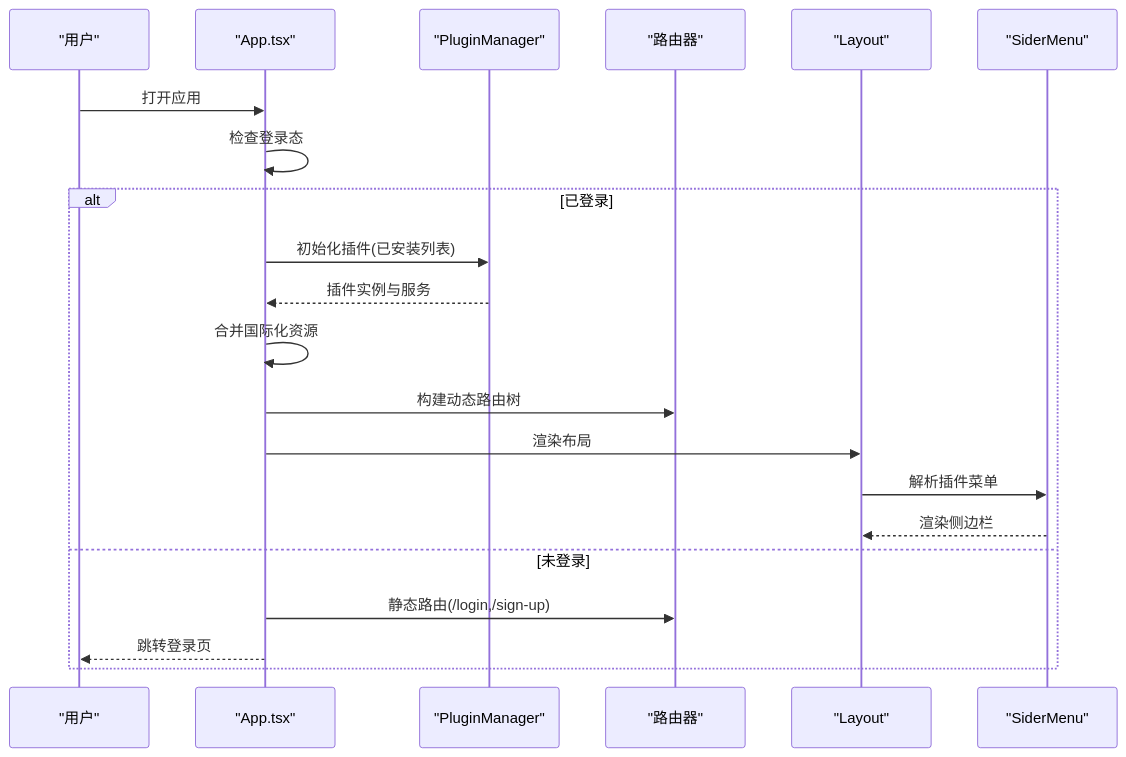
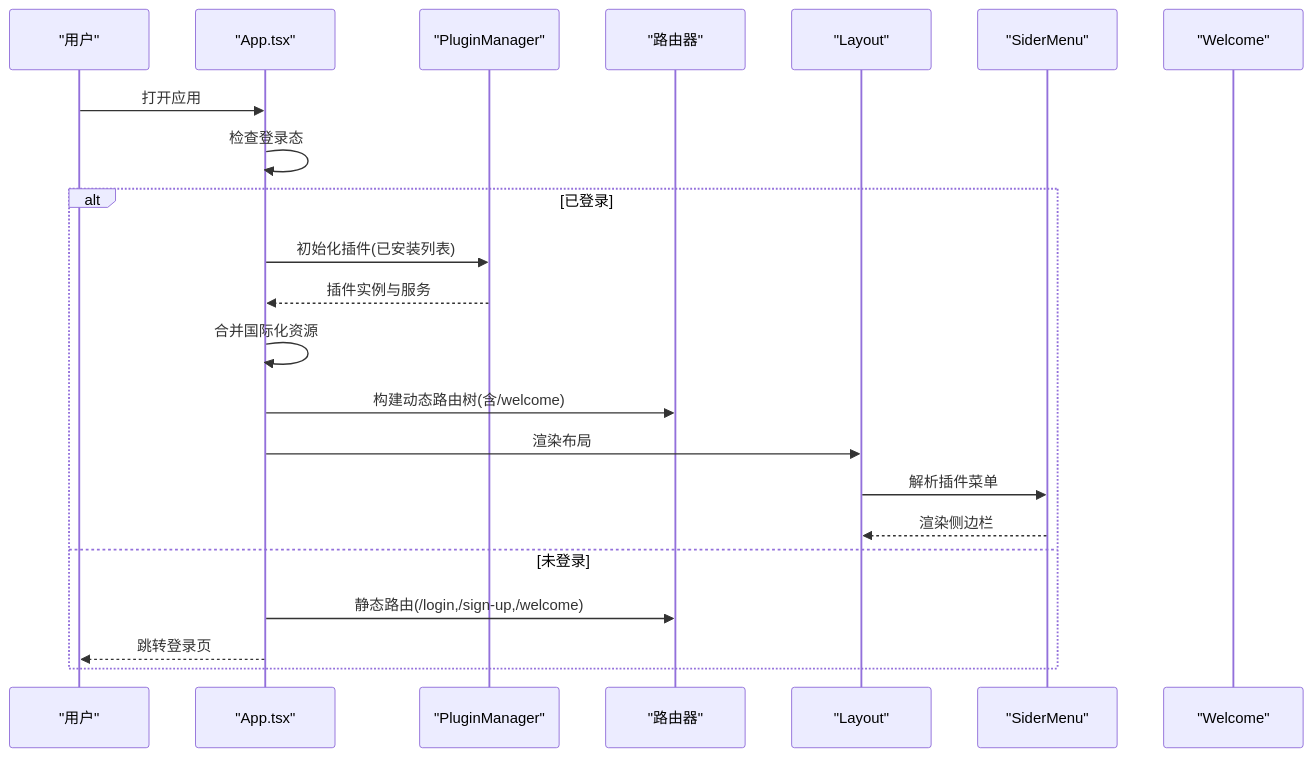
The second of 9 diagrams in .qoder/repowiki/zh/content/核心模块/应用主组件.md (LRF0422/Kotion), drawn with Mermaid before and after one commit. The commit also changed other lines of this file and 75 other files, not shown here.

````diff
--- a/.qoder/repowiki/zh/content/核心模块/应用主组件.md
+++ b/.qoder/repowiki/zh/content/核心模块/应用主组件.md
@@ -119,23 +126,24 @@
 ```mermaid
 sequenceDiagram
 participant U as "用户"
 participant App as "App.tsx"
 participant PM as "PluginManager"
 participant R as "路由器"
 participant L as "Layout"
 participant SM as "SiderMenu"
+participant W as "Welcome"
 U->>App : 打开应用
 App->>App : 检查登录态
 alt 已登录
 App->>PM : 初始化插件(已安装列表)
 PM-->>App : 插件实例与服务
 App->>App : 合并国际化资源
-App->>R : 构建动态路由树
+App->>R : 构建动态路由树(含/welcome)
 App->>L : 渲染布局
 L->>SM : 解析插件菜单
 SM-->>L : 渲染侧边栏
 else 未登录
-App->>R : 静态路由(/login,/sign-up)
+App->>R : 静态路由(/login,/sign-up,/welcome)
 App-->>U : 跳转登录页
 end
 ```
````
